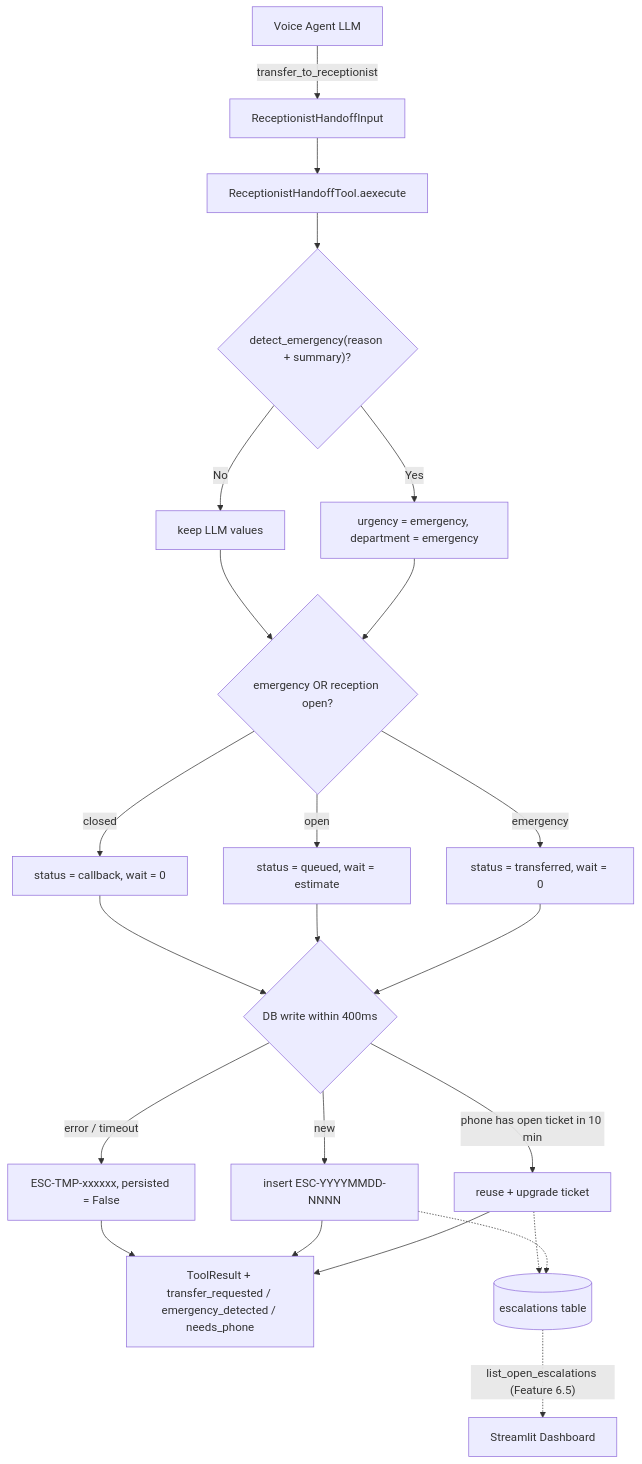
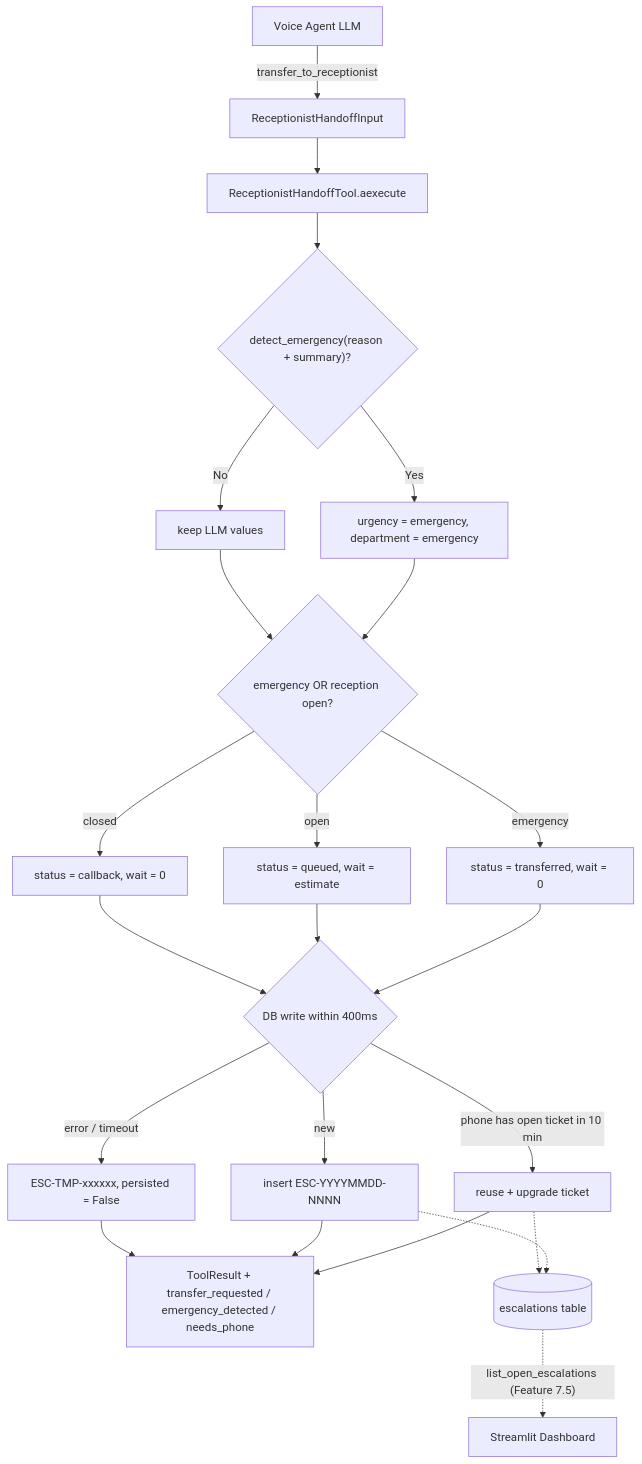
Before and after one commit to MaahmoudAbdelghany/Voice_Agent: the diagram in spec/features/feature-306-receptionist-escalation-tool/plan.md, drawn with Mermaid. The commit also changed other lines of this file and 19 other files, not shown here.

````diff
--- a/spec/features/feature-306-receptionist-escalation-tool/plan.md
+++ b/spec/features/feature-306-receptionist-escalation-tool/plan.md
@@ -64,25 +64,25 @@
 ```mermaid
 flowchart TD
     LLM["Voice Agent LLM"] -->|"transfer_to_receptionist"| In["ReceptionistHandoffInput"]
     In --> Tool["ReceptionistHandoffTool.aexecute"]
     Tool --> Det{"detect_emergency(reason + summary)?"}
     Det -->|"Yes"| Up["urgency = emergency, department = emergency"]
     Det -->|"No"| Keep["keep LLM values"]
     Up --> Hours
     Keep --> Hours{"emergency OR reception open?"}
     Hours -->|"emergency"| S1["status = transferred, wait = 0"]
     Hours -->|"open"| S2["status = queued, wait = estimate"]
     Hours -->|"closed"| S3["status = callback, wait = 0"]
     S1 --> DB
     S2 --> DB
     S3 --> DB
     DB{"DB write within 400ms"} -->|"phone has open ticket in 10 min"| Dedup["reuse + upgrade ticket"]
     DB -->|"new"| Create["insert ESC-YYYYMMDD-NNNN"]
     DB -->|"error / timeout"| Tmp["ESC-TMP-xxxxxx, persisted = False"]
     Dedup --> Out["ToolResult + transfer_requested / emergency_detected / needs_phone"]
     Create --> Out
     Tmp --> Out
     Create -.-> Table[("escalations table")]
     Dedup -.-> Table
-    Table -.->|"list_open_escalations (Feature 6.5)"| Dash["Streamlit Dashboard"]
+    Table -.->|"list_open_escalations (Feature 7.5)"| Dash["Streamlit Dashboard"]
 ```
````
